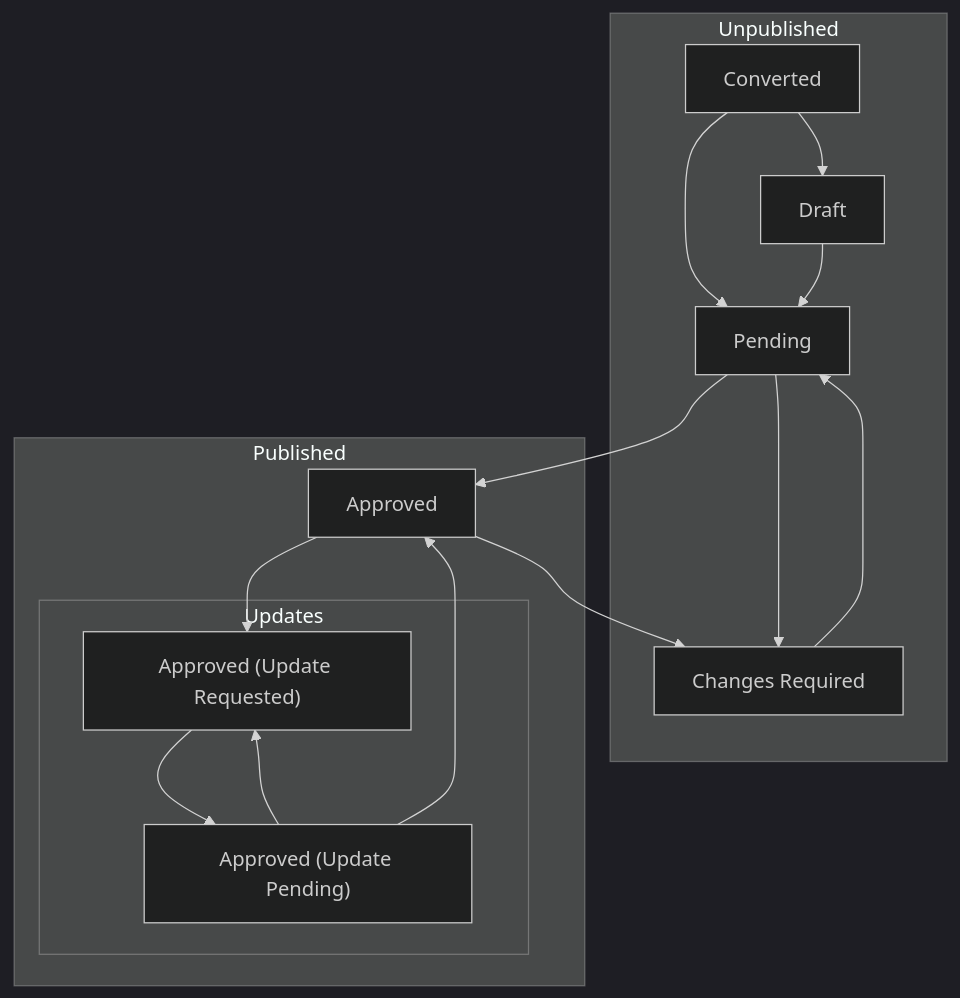
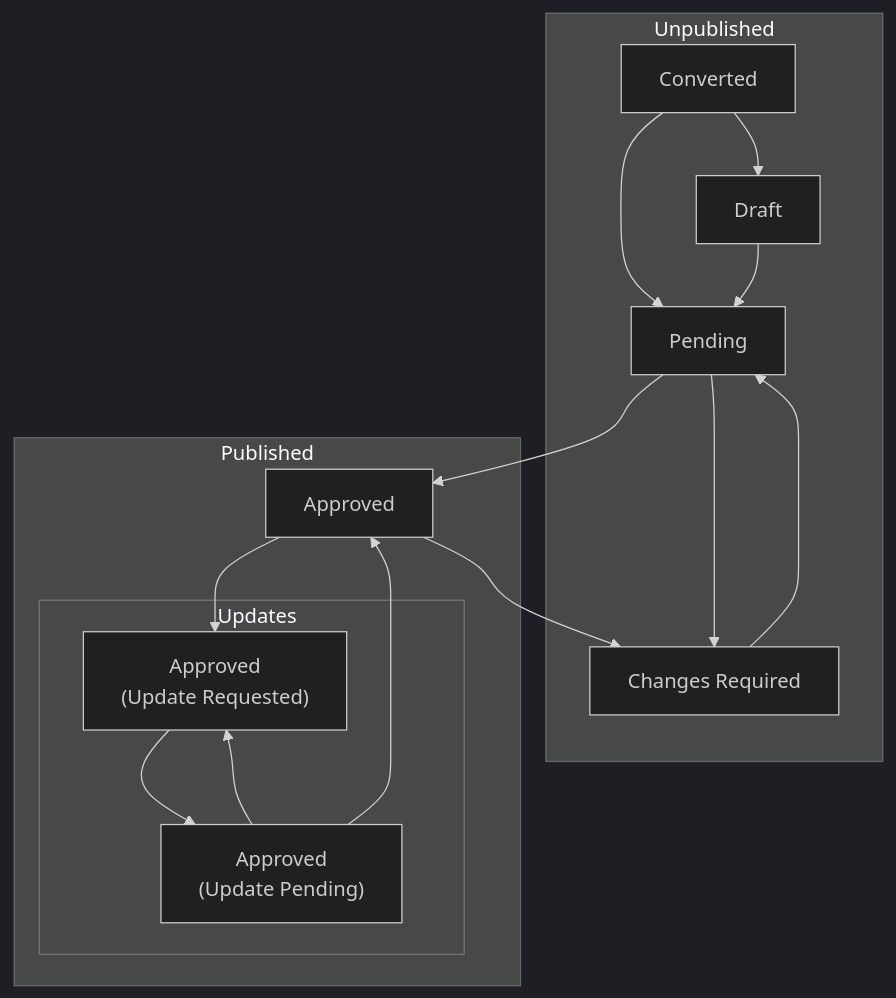
The diagram in README.md (opendp/deployments-registry-data), drawn with Mermaid (dark theme) before and after one commit.

Commit message:
Update README.md
minor edits

````diff
--- a/README.md
+++ b/README.md
@@ -20,19 +20,18 @@
 ```mermaid
 graph TD
     subgraph Unpublished
         Converted --> Draft
         Converted --> Pending
         Draft --> Pending
         Pending --> Changes["Changes Required"] --> Pending
     end
     subgraph Published
-        subgraph Updates
-            Update["Approved (Update Requested)"] --> Repending["Approved (Update Pending)"]
+        subgraph Updates["&nbsp; Updates"]
+            Update["Approved \n (Update Requested)"] --> Repending["Approved \n (Update Pending)"] --> Update["Approved \n (Update Requested)"]
         end
-        Approved --> Update["Approved (Update Requested)"] 
-        Repending --> Update["Approved (Update Requested)"]
+        Approved --> Update["Approved \n (Update Requested)"] 
         Repending --> Approved 
     end
     Pending --> Approved
     Approved --> Changes
 ```
````
